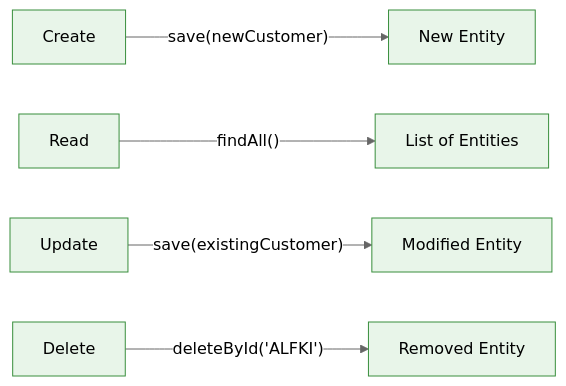
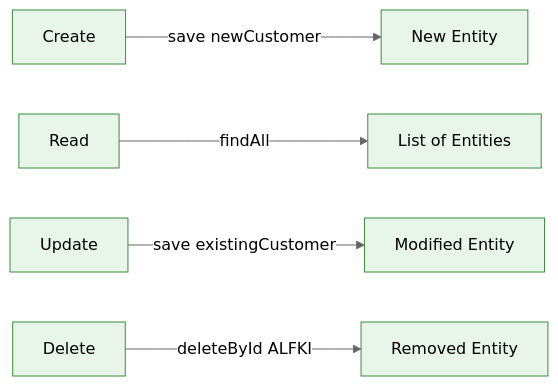
Before and after one commit to stravos97/java-documentation-notes: the fifth of 6 diagrams in Nish Lessons - Q&A's/SpringBoot/Entities in Springboot.md, drawn with Mermaid (neutral theme). The commit also changed other lines of this file and 8 other files, not shown here.

Commit message:
fix mermaid diagrams

````diff
--- a/Nish Lessons - Q&A's/SpringBoot/Entities in Springboot.md
+++ b/Nish Lessons - Q&A's/SpringBoot/Entities in Springboot.md
@@ -156,10 +156,10 @@
 ```mermaid
 flowchart LR
-    A[Create] -->|"save(newCustomer)"| B[New Entity]
-    C[Read] -->|"findAll()"| D[List of Entities]
-    E[Update] -->|"save(existingCustomer)"| F[Modified Entity]
-    G[Delete] -->|"deleteById('ALFKI')"| H[Removed Entity]
+    A[Create] -->|save newCustomer| B[New Entity]
+    C[Read] -->|findAll| D[List of Entities]
+    E[Update] -->|save existingCustomer| F[Modified Entity]
+    G[Delete] -->|deleteById ALFKI| H[Removed Entity]
     
     classDef crud fill:#e8f5e9,stroke:#388e3c;
     class A,B,C,D,E,F,G,H crud;
 ```
````
